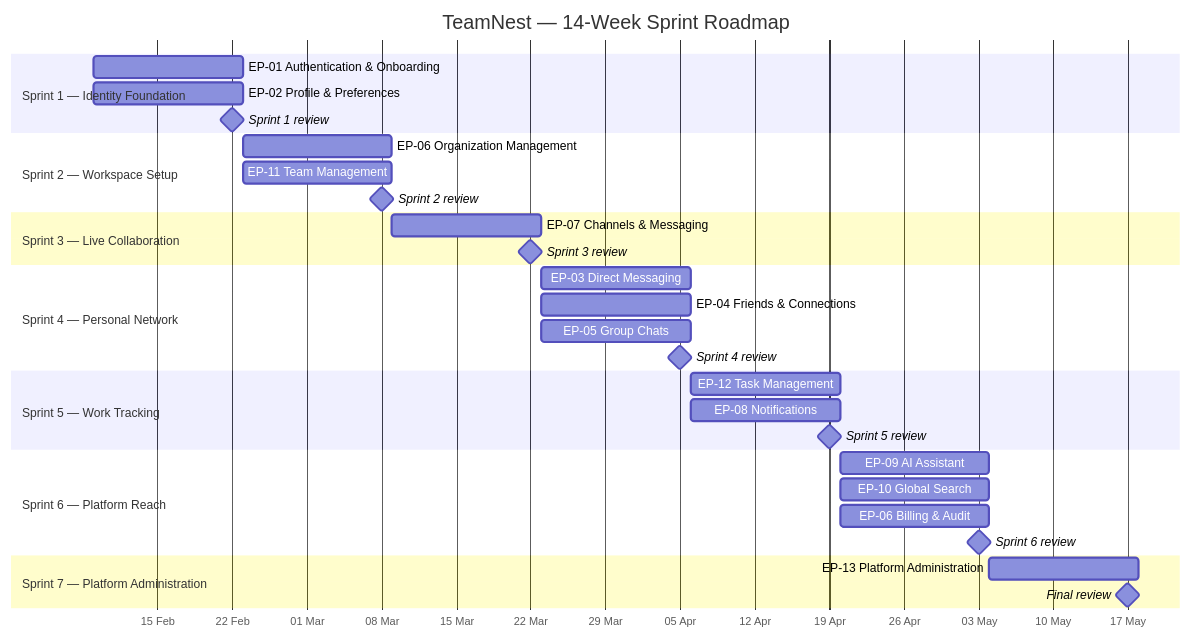
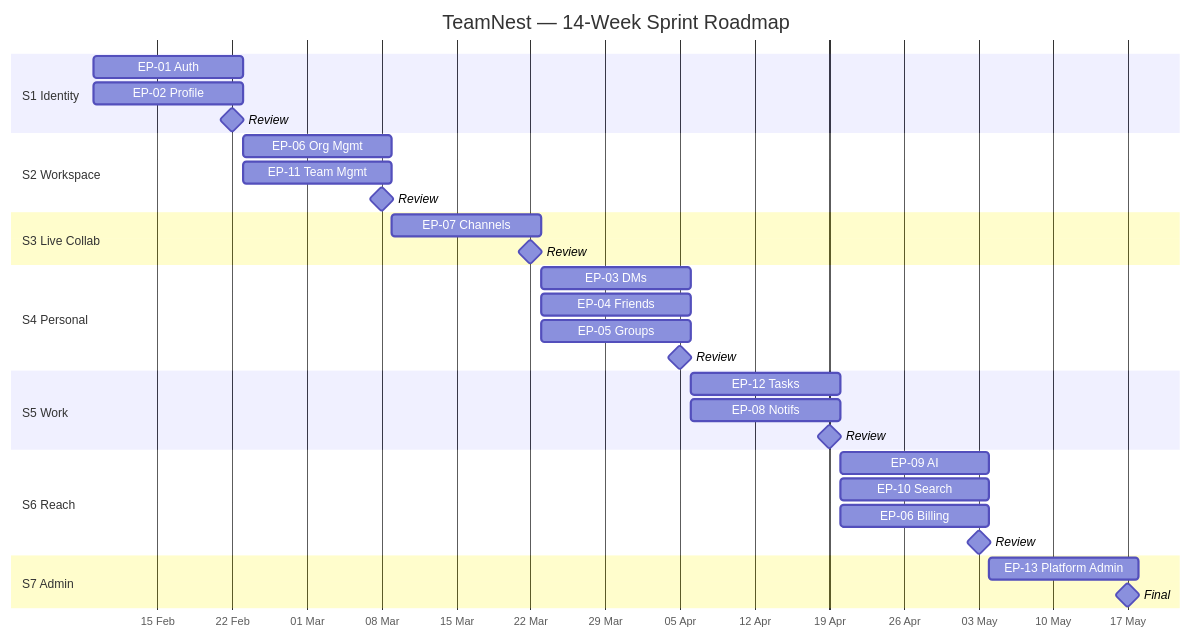
Before and after one commit to MohamedChebbi123/teamnest: the diagram in README.md, drawn with Mermaid.

````diff
--- a/README.md
+++ b/README.md
@@ -1,41 +1,41 @@
 ```mermaid
 gantt
     title TeamNest — 14-Week Sprint Roadmap
     dateFormat YYYY-MM-DD
     axisFormat %d %b
 
-    section Sprint 1 — Identity Foundation
-    EP-01 Authentication & Onboarding   :s1a, 2026-02-09, 14d
-    EP-02 Profile & Preferences         :s1b, 2026-02-09, 14d
-    Sprint 1 review                     :milestone, m1, 2026-02-22, 0d
+    section S1 Identity
+    EP-01 Auth          :s1a, 2026-02-09, 14d
+    EP-02 Profile       :s1b, 2026-02-09, 14d
+    Review              :milestone, m1, 2026-02-22, 0d
 
-    section Sprint 2 — Workspace Setup
-    EP-06 Organization Management       :s2a, 2026-02-23, 14d
-    EP-11 Team Management               :s2b, 2026-02-23, 14d
-    Sprint 2 review                     :milestone, m2, 2026-03-08, 0d
+    section S2 Workspace
+    EP-06 Org Mgmt      :s2a, 2026-02-23, 14d
+    EP-11 Team Mgmt     :s2b, 2026-02-23, 14d
+    Review              :milestone, m2, 2026-03-08, 0d
 
-    section Sprint 3 — Live Collaboration
-    EP-07 Channels & Messaging          :s3a, 2026-03-09, 14d
-    Sprint 3 review                     :milestone, m3, 2026-03-22, 0d
+    section S3 Live Collab
+    EP-07 Channels      :s3a, 2026-03-09, 14d
+    Review              :milestone, m3, 2026-03-22, 0d
 
-    section Sprint 4 — Personal Network
-    EP-03 Direct Messaging              :s4a, 2026-03-23, 14d
-    EP-04 Friends & Connections         :s4b, 2026-03-23, 14d
-    EP-05 Group Chats                   :s4c, 2026-03-23, 14d
-    Sprint 4 review                     :milestone, m4, 2026-04-05, 0d
+    section S4 Personal
+    EP-03 DMs           :s4a, 2026-03-23, 14d
+    EP-04 Friends       :s4b, 2026-03-23, 14d
+    EP-05 Groups        :s4c, 2026-03-23, 14d
+    Review              :milestone, m4, 2026-04-05, 0d
 
-    section Sprint 5 — Work Tracking
-    EP-12 Task Management               :s5a, 2026-04-06, 14d
-    EP-08 Notifications                 :s5b, 2026-04-06, 14d
-    Sprint 5 review                     :milestone, m5, 2026-04-19, 0d
+    section S5 Work
+    EP-12 Tasks         :s5a, 2026-04-06, 14d
+    EP-08 Notifs        :s5b, 2026-04-06, 14d
+    Review              :milestone, m5, 2026-04-19, 0d
 
-    section Sprint 6 — Platform Reach
-    EP-09 AI Assistant                  :s6a, 2026-04-20, 14d
-    EP-10 Global Search                 :s6b, 2026-04-20, 14d
-    EP-06 Billing & Audit               :s6c, 2026-04-20, 14d
-    Sprint 6 review                     :milestone, m6, 2026-05-03, 0d
+    section S6 Reach
+    EP-09 AI            :s6a, 2026-04-20, 14d
+    EP-10 Search        :s6b, 2026-04-20, 14d
+    EP-06 Billing       :s6c, 2026-04-20, 14d
+    Review              :milestone, m6, 2026-05-03, 0d
 
-    section Sprint 7 — Platform Administration
-    EP-13 Platform Administration       :s7a, 2026-05-04, 14d
-    Final review                        :milestone, m7, 2026-05-17, 0d
+    section S7 Admin
+    EP-13 Platform Admin:s7a, 2026-05-04, 14d
+    Final               :milestone, m7, 2026-05-17, 0d
 ```
````
